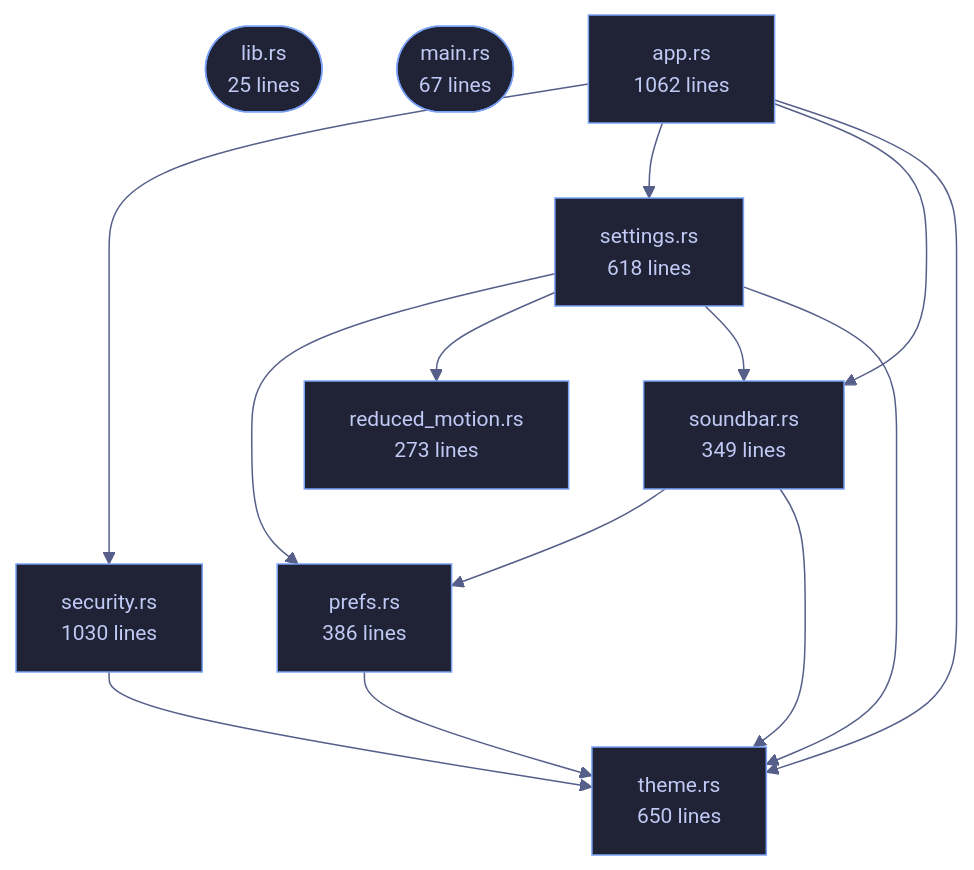
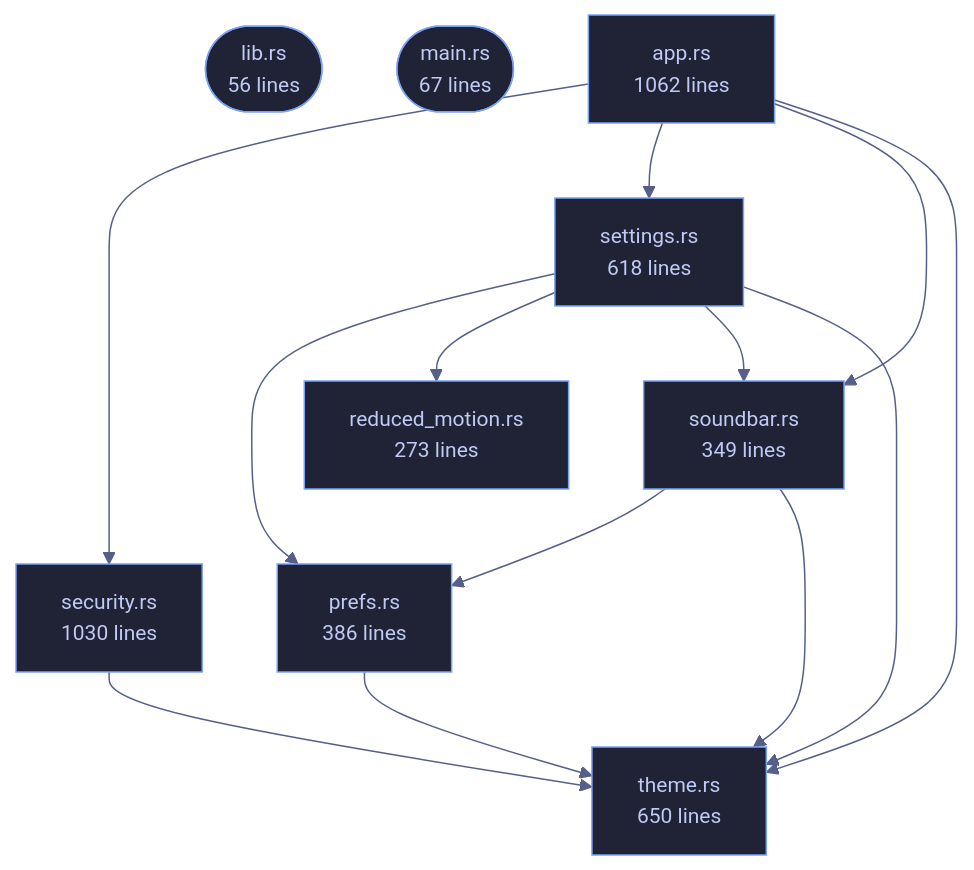
Before and after one commit to tilas01/veilvoice: the diagram in wiki/Crate-veilvoice-gui.md, drawn with Mermaid. The commit also changed other lines of this file and 61 other files, not shown here.

````diff
--- a/wiki/Crate-veilvoice-gui.md
+++ b/wiki/Crate-veilvoice-gui.md
@@ -24,25 +57,25 @@
 ```mermaid
 %%{init: {"theme":"base","themeVariables":{"background":"#1a1b26","primaryColor":"#1f2335","primaryTextColor":"#c0caf5","primaryBorderColor":"#7aa2f7","secondaryColor":"#16161e","tertiaryColor":"#16161e","lineColor":"#565f89","textColor":"#c0caf5","mainBkg":"#1f2335","nodeBorder":"#7aa2f7","clusterBkg":"#16161e","clusterBorder":"#2f3549","fontFamily":"ui-monospace, SFMono-Regular, Consolas, monospace","fontSize":"14px"}}}%%
 flowchart TD
-    n_lib(["lib.rs<br/>25 lines"])
+    n_lib(["lib.rs<br/>56 lines"])
     n_main(["main.rs<br/>67 lines"])
     n_app["app.rs<br/>1062 lines"]
     n_prefs["prefs.rs<br/>386 lines"]
     n_reduced_motion["reduced_motion.rs<br/>273 lines"]
     n_security["security.rs<br/>1030 lines"]
     n_settings["settings.rs<br/>618 lines"]
     n_soundbar["soundbar.rs<br/>349 lines"]
     n_theme["theme.rs<br/>650 lines"]
     n_app --> n_security
     n_app --> n_settings
     n_app --> n_soundbar
     n_app --> n_theme
     n_prefs --> n_theme
     n_security --> n_theme
     n_settings --> n_prefs
     n_settings --> n_reduced_motion
     n_settings --> n_soundbar
     n_settings --> n_theme
     n_soundbar --> n_prefs
     n_soundbar --> n_theme
 ```
````
